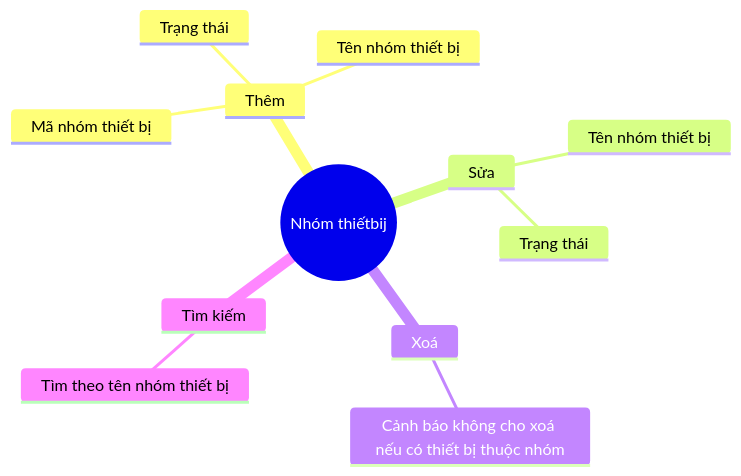
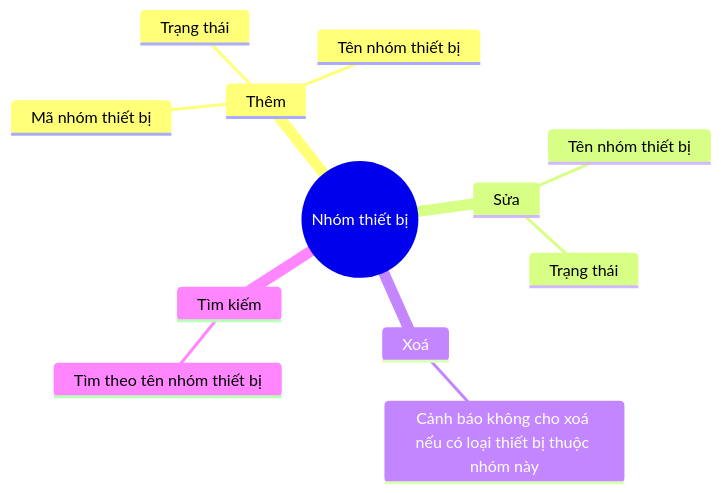
Before and after one commit to nthanhdo/mems-brainstorm: the diagram in mindmap-EquipmentGroups.md, drawn with Mermaid.

````diff
--- a/mindmap-EquipmentGroups.md
+++ b/mindmap-EquipmentGroups.md
@@ -2,16 +2,16 @@
 ```mermaid
 mindmap
-  root((Nhóm thiếtbij))
+  root((Nhóm thiết bị))
       Thêm
         Mã nhóm thiết bị
         Tên nhóm thiết bị
         Trạng thái
       Sửa
         Tên nhóm thiết bị
         Trạng thái
       Xoá
-        Cảnh báo không cho xoá nếu có thiết bị thuộc nhóm
+        Cảnh báo không cho xoá nếu có loại thiết bị thuộc nhóm này
       Tìm kiếm
         Tìm theo tên nhóm thiết bị
       
 ```
````
